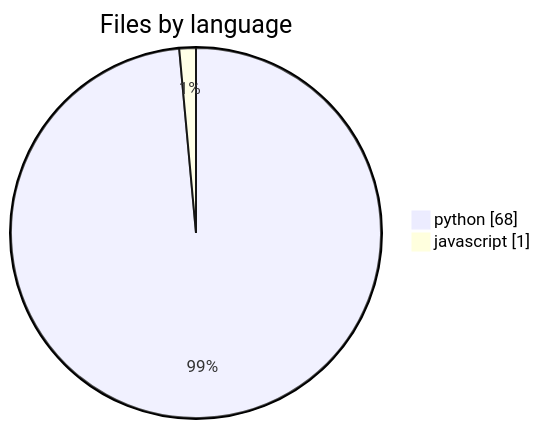
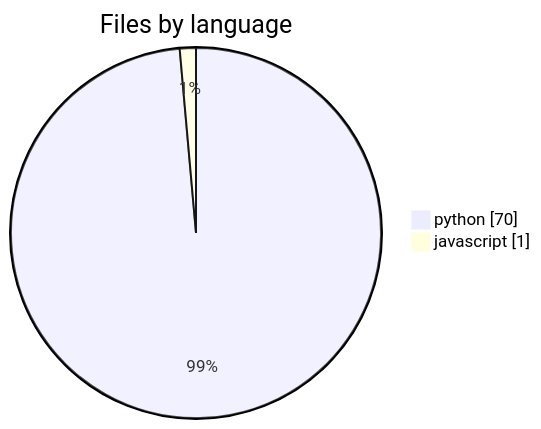
The first of 5 diagrams in .mentis/context/languages.md (wolframs/jspace-probes), drawn with Mermaid before and after one commit. The commit also changed other lines of this file and 83 other files, not shown here.

````diff
--- a/.mentis/context/languages.md
+++ b/.mentis/context/languages.md
@@ -15,5 +15,5 @@
 ```mermaid
 pie showData title Files by language
-    "python" : 68
+    "python" : 70
     "javascript" : 1
 ```
````
